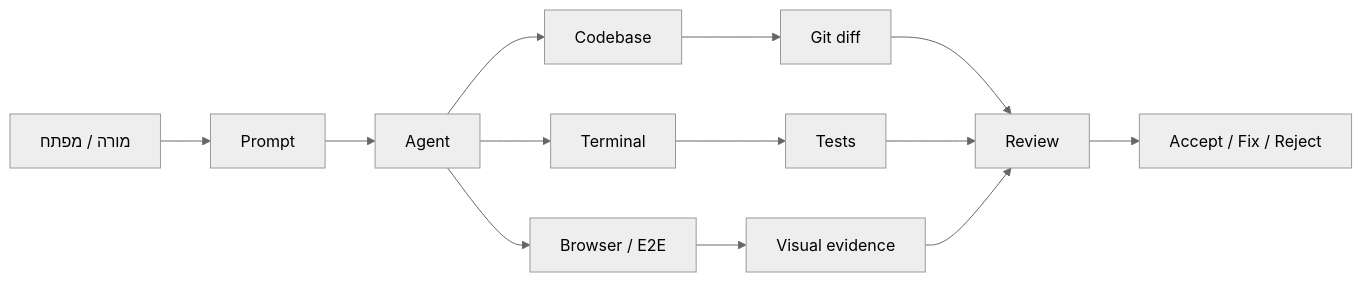
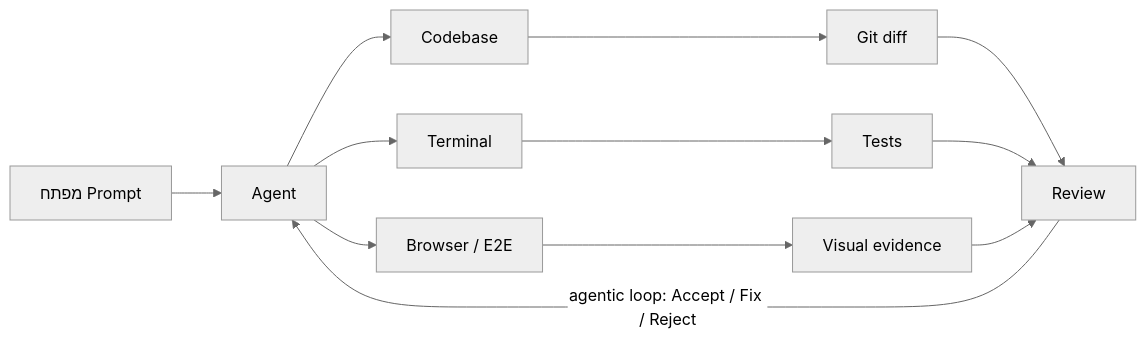
One commit to 3strategy/BeautifulMivney changed the diagram in agentic/00-opener.md. Above: the diagram before and after it, drawn with Mermaid (neutral theme). The commit also changed other lines of this file and 1 other file, not shown here.

````diff
--- a/agentic/00-opener.md
+++ b/agentic/00-opener.md
@@ -50,15 +60,14 @@
 ```mermaid
 flowchart LR
-    A["מורה / מפתח"] --> B["Prompt"]
-    B --> C["Agent"]
+    B["מפתח Prompt"] --> C["Agent"]
     C --> D["Codebase"]
     C --> E["Terminal"]
     C --> F["Browser / E2E"]
     D --> G["Git diff"]
     E --> H["Tests"]
     F --> I["Visual evidence"]
     G --> J["Review"]
     H --> J
     I --> J
-    J --> K["Accept / Fix / Reject"]
+    J --> |"agentic loop: Accept / Fix / Reject"| C
 ```
````
